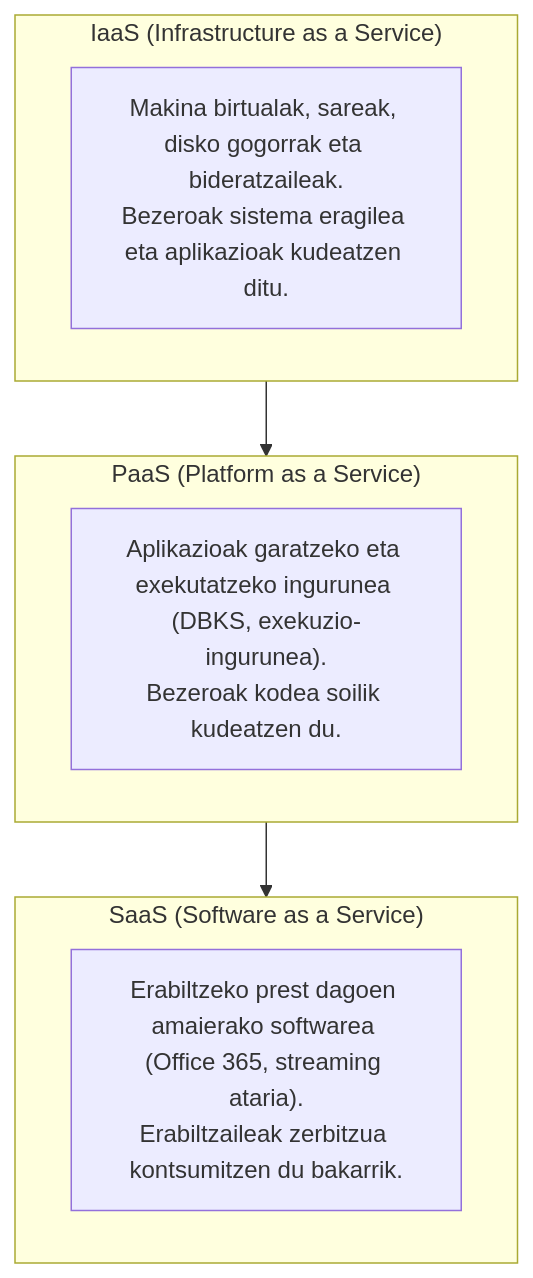
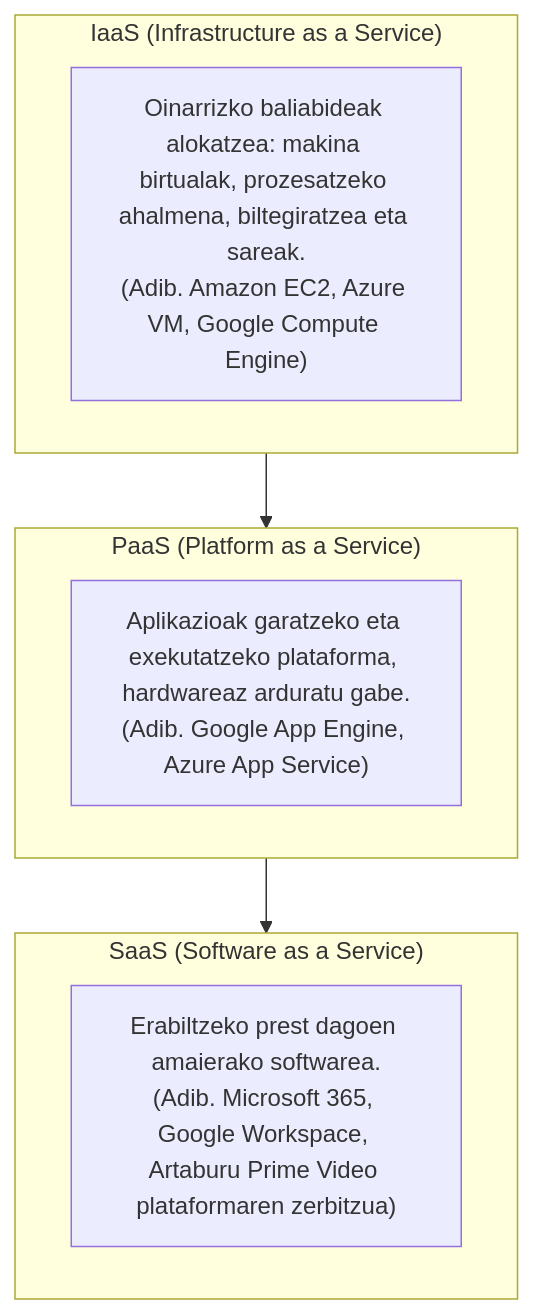
Before and after one commit to Robonian3000/WebErronka.github.io: the diagram in Dokumentazioa/Digitalizazioa.md, drawn with Mermaid. The commit also changed other lines of this file, not shown here.

Commit message:
Digitalizazioa: dokumentazioa osatu (TGD eta Cloud Computing rubricaren arabera)

````diff
--- a/Dokumentazioa/Digitalizazioa.md
+++ b/Dokumentazioa/Digitalizazioa.md
@@ -56,13 +99,13 @@
 ```mermaid
 flowchart TD
     subgraph IaaS["IaaS (Infrastructure as a Service)"]
-        I["Makina birtualak, sareak, disko gogorrak eta bideratzaileak.<br/>Bezeroak sistema eragilea eta aplikazioak kudeatzen ditu."]
+        I["Oinarrizko baliabideak alokatzea: makina birtualak, prozesatzeko ahalmena, biltegiratzea eta sareak.<br/>(Adib. Amazon EC2, Azure VM, Google Compute Engine)"]
     end
     subgraph PaaS["PaaS (Platform as a Service)"]
-        P["Aplikazioak garatzeko eta exekutatzeko ingurunea (DBKS, exekuzio-ingurunea).<br/>Bezeroak kodea soilik kudeatzen du."]
+        P["Aplikazioak garatzeko eta exekutatzeko plataforma, hardwareaz arduratu gabe.<br/>(Adib. Google App Engine, Azure App Service)"]
     end
     subgraph SaaS["SaaS (Software as a Service)"]
-        S["Erabiltzeko prest dagoen amaierako softwarea (Office 365, streaming ataria).<br/>Erabiltzaileak zerbitzua kontsumitzen du bakarrik."]
+        S["Erabiltzeko prest dagoen amaierako softwarea.<br/>(Adib. Microsoft 365, Google Workspace, Artaburu Prime Video plataformaren zerbitzua)"]
     end
     IaaS --> PaaS --> SaaS
 ```
````
